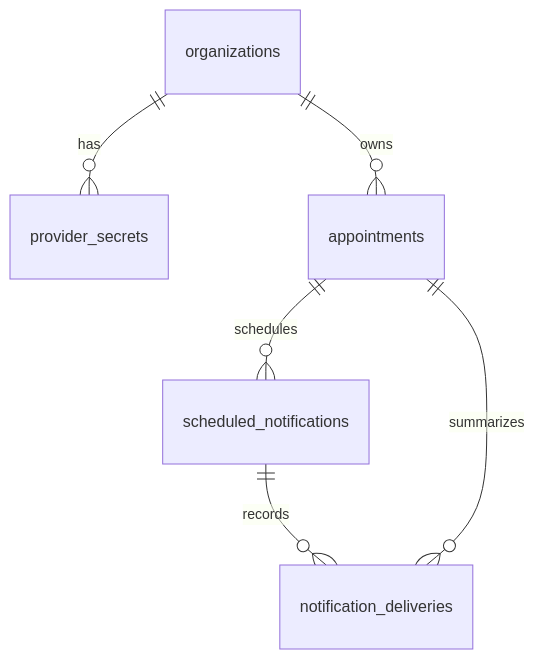
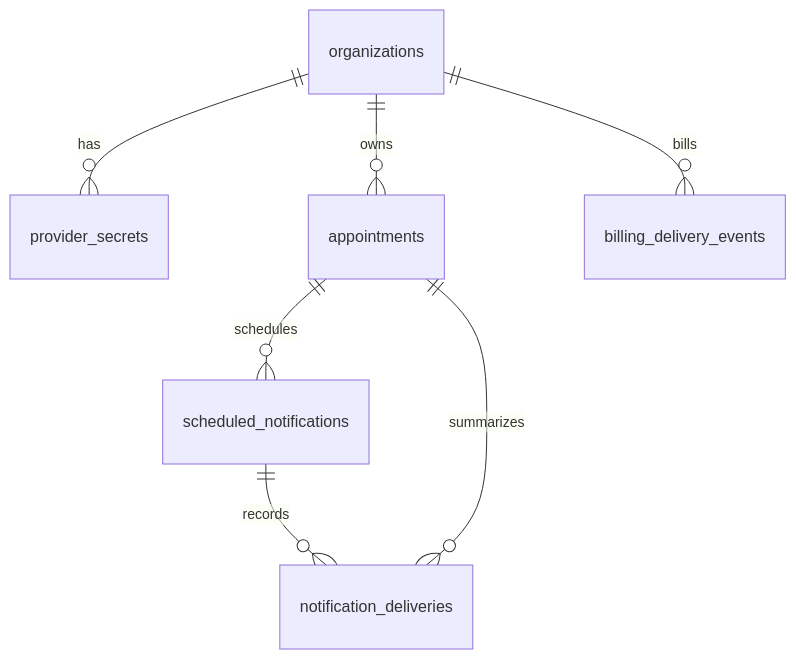
The diagram in DASHBOARD_DATABASE.md (bami-flogert/notification_module), drawn with Mermaid before and after one commit. The commit also changed other lines of this file and 17 other files, not shown here.

````diff
--- a/DASHBOARD_DATABASE.md
+++ b/DASHBOARD_DATABASE.md
@@ -94,8 +130,9 @@
 ```mermaid
 erDiagram
     organizations ||--o{ provider_secrets : has
     organizations ||--o{ appointments : owns
+    organizations ||--o{ billing_delivery_events : bills
     appointments ||--o{ scheduled_notifications : schedules
     scheduled_notifications ||--o{ notification_deliveries : records
     appointments ||--o{ notification_deliveries : summarizes
 ```
````
